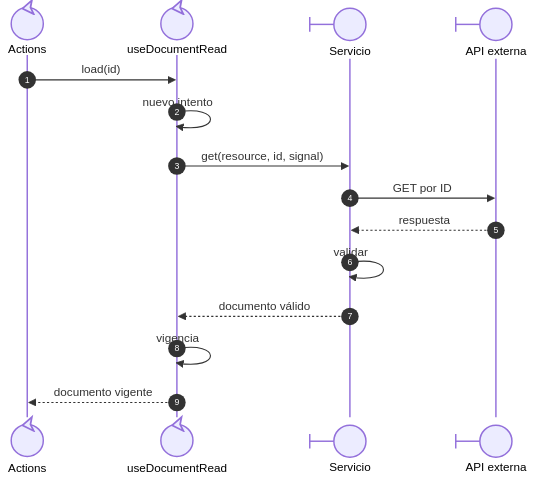
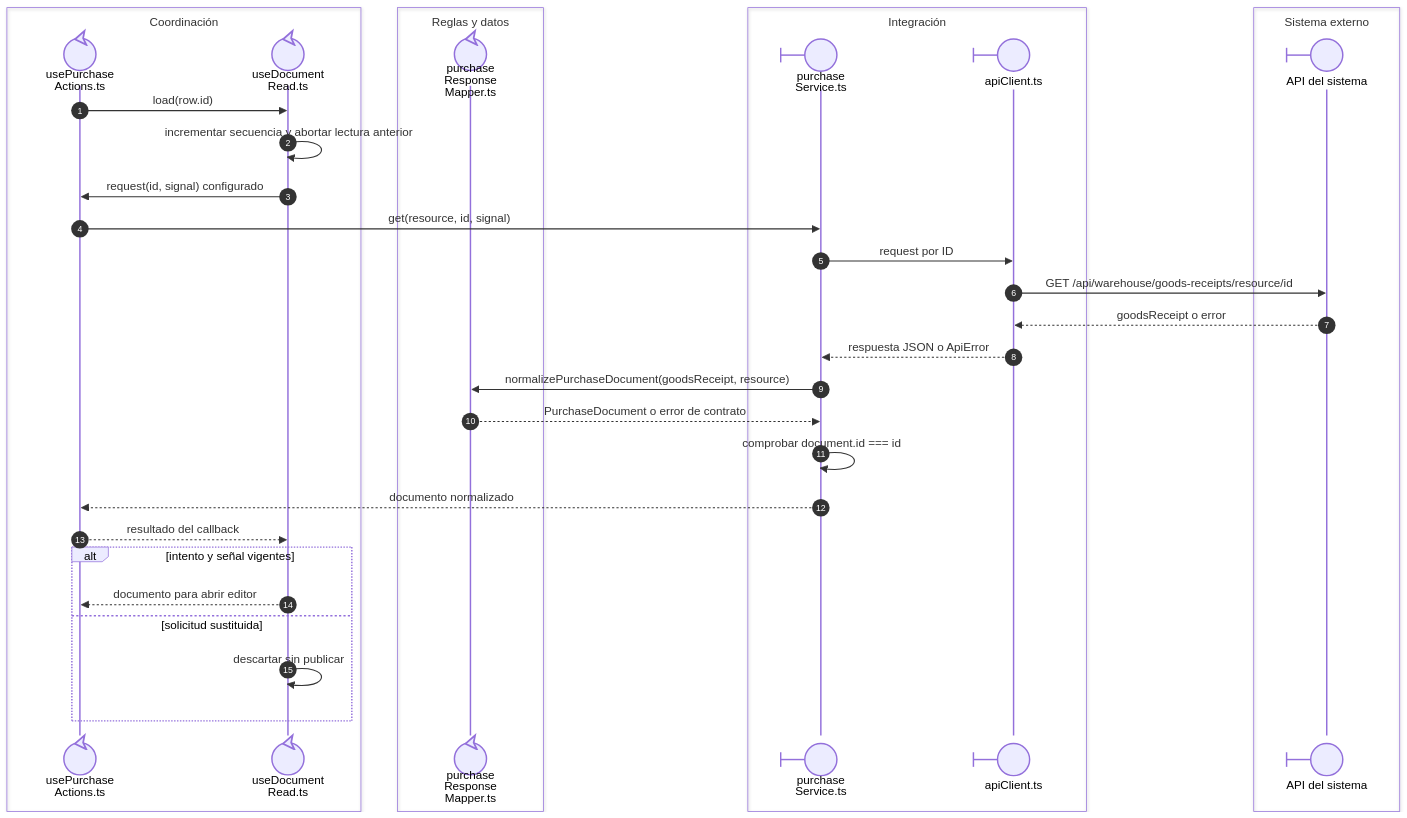
The first of 2 diagrams in front/docs/architecture/views/processes/02-shared-runtime/05-document-read.md (gpgsistemas01/nexus), drawn with Mermaid before and after one commit. The commit also changed other lines of this file and 46 other files, not shown here.

````diff
--- a/front/docs/architecture/views/processes/02-shared-runtime/05-document-read.md
+++ b/front/docs/architecture/views/processes/02-shared-runtime/05-document-read.md
@@ -15,17 +15,36 @@
 ```mermaid
 sequenceDiagram
     autonumber
-    participant Actions@{ "type": "control" } as Actions
-    participant Reader@{ "type": "control" } as useDocumentRead
-    participant Service@{ "type": "boundary" } as Servicio
-    participant API@{ "type": "boundary" } as API externa
-    Actions->>Reader: load(id)
-    Reader->>Reader: nuevo intento
-    Reader->>Service: get(resource, id, signal)
-    Service->>API: GET por ID
-    API-->>Service: respuesta
-    Service->>Service: validar
-    Service-->>Reader: documento válido
-    Reader->>Reader: vigencia
-    Reader-->>Actions: documento vigente
+    box Coordinación
+    participant Actions@{ "type": "control" } as usePurchase<br/>Actions.ts
+    participant Reader@{ "type": "control" } as useDocument<br/>Read.ts
+    end
+    box Reglas y datos
+    participant Mapper@{ "type": "control" } as purchase<br/>Response<br/>Mapper.ts
+    end
+    box Integración
+    participant Service@{ "type": "boundary" } as purchase<br/>Service.ts
+    participant HTTP@{ "type": "boundary" } as apiClient.ts
+    end
+    box Sistema externo
+    participant API@{ "type": "boundary" } as API del sistema
+    end
+    Actions->>Reader: load(row.id)
+    Reader->>Reader: incrementar secuencia y abortar lectura anterior
+    Reader->>Actions: request(id, signal) configurado
+    Actions->>Service: get(resource, id, signal)
+    Service->>HTTP: request por ID
+    HTTP->>API: GET /api/warehouse/goods-receipts/resource/id
+    API-->>HTTP: goodsReceipt o error
+    HTTP-->>Service: respuesta JSON o ApiError
+    Service->>Mapper: normalizePurchaseDocument(goodsReceipt, resource)
+    Mapper-->>Service: PurchaseDocument o error de contrato
+    Service->>Service: comprobar document.id === id
+    Service-->>Actions: documento normalizado
+    Actions-->>Reader: resultado del callback
+    alt intento y señal vigentes
+        Reader-->>Actions: documento para abrir editor
+    else solicitud sustituida
+        Reader->>Reader: descartar sin publicar
+    end
 ```
````
